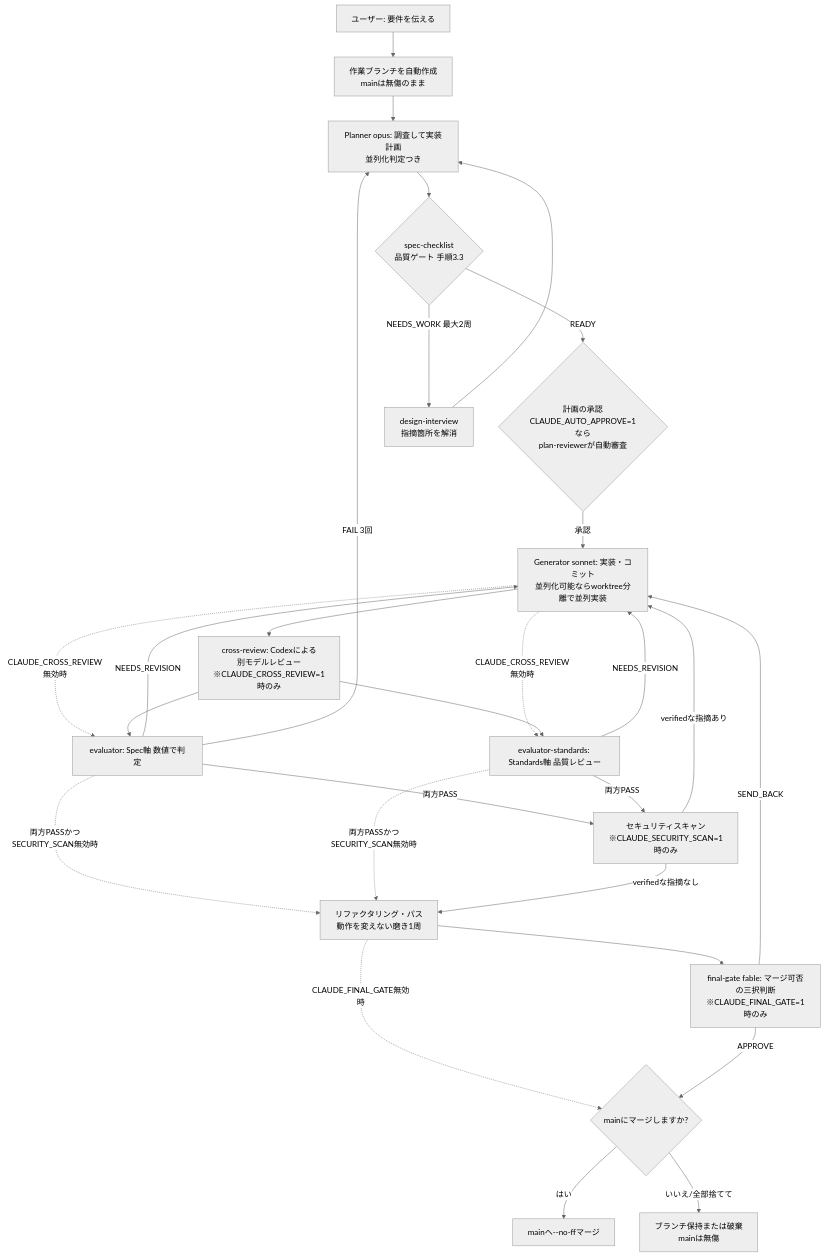
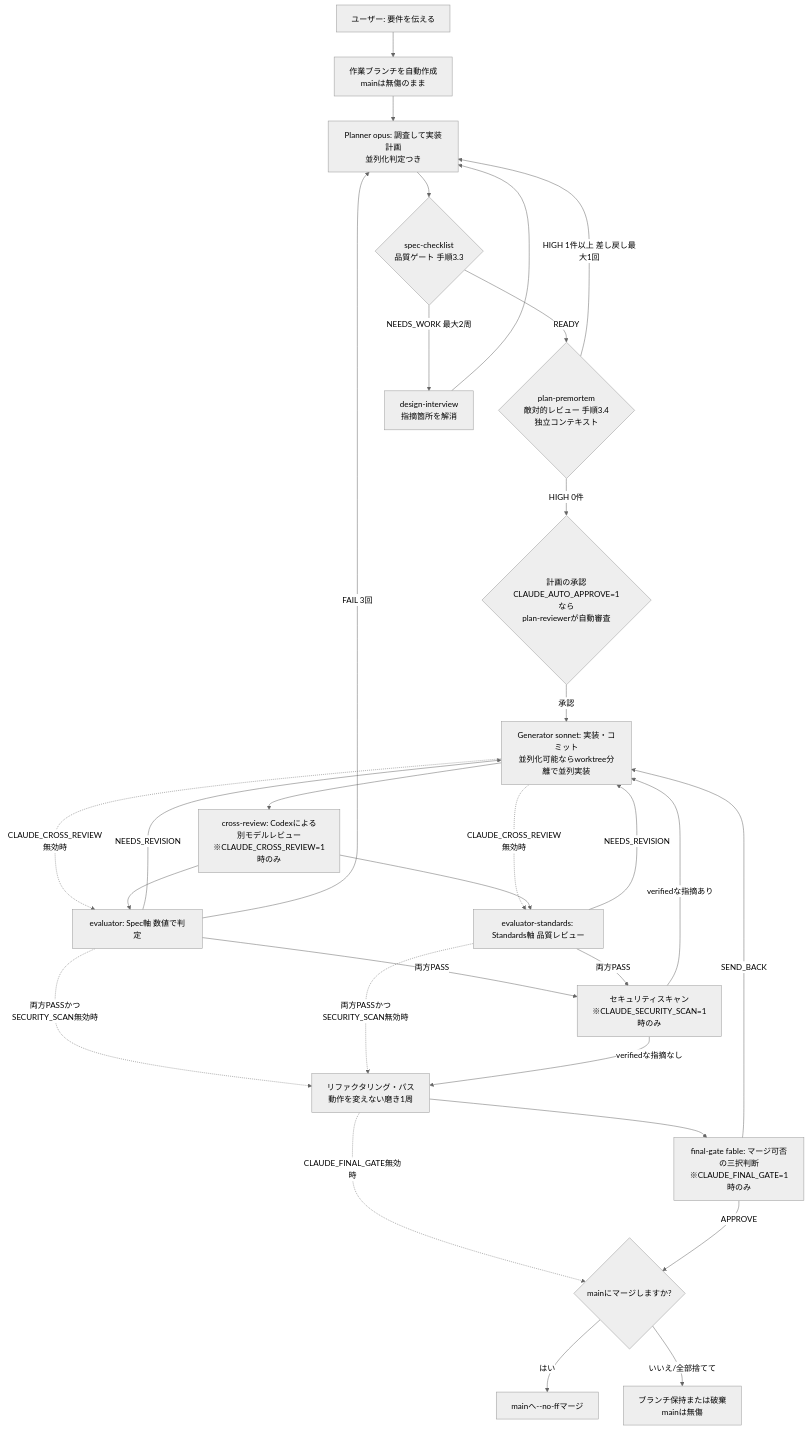
One commit to takayoshitoyoda05/claude-ml-template changed the first of 2 diagrams in README.md. Above: the diagram before and after it, drawn with Mermaid (neutral theme). The commit also changed other lines of this file and 1 other file, not shown here.

````diff
--- a/README.md
+++ b/README.md
@@ -7,27 +7,29 @@
 ```mermaid
 flowchart TD
     A[ユーザー: 要件を伝える] --> BR[作業ブランチを自動作成<br>mainは無傷のまま]
     BR --> B[Planner opus: 調査して実装計画<br>並列化判定つき]
     B --> SC{spec-checklist<br>品質ゲート 手順3.3}
-    SC -->|READY| C{計画の承認<br>CLAUDE_AUTO_APPROVE=1なら<br>plan-reviewerが自動審査}
+    SC -->|READY| PM{plan-premortem<br>敵対的レビュー 手順3.4<br>独立コンテキスト}
     SC -->|NEEDS_WORK 最大2周| DI[design-interview<br>指摘箇所を解消]
     DI --> B
+    PM -->|HIGH 0件| C{計画の承認<br>CLAUDE_AUTO_APPROVE=1なら<br>plan-reviewerが自動審査}
+    PM -->|HIGH 1件以上 差し戻し最大1回| B
     C -->|承認| D[Generator sonnet: 実装・コミット<br>並列化可能ならworktree分離で並列実装]
     D --> X[cross-review: Codexによる<br>別モデルレビュー<br>※CLAUDE_CROSS_REVIEW=1時のみ]
     D -.->|CLAUDE_CROSS_REVIEW無効時| E
     D -.->|CLAUDE_CROSS_REVIEW無効時| F
     X --> E[evaluator: Spec軸 数値で判定]
     X --> F[evaluator-standards: Standards軸 品質レビュー]
     E & F -->|両方PASS| AD[セキュリティスキャン<br>※CLAUDE_SECURITY_SCAN=1時のみ]
     E & F -->|NEEDS_REVISION| D
     E -->|FAIL 3回| B
     E & F -.->|両方PASSかつSECURITY_SCAN無効時| P
     AD -->|verifiedな指摘なし| P[リファクタリング・パス<br>動作を変えない磨き1周]
     AD -->|verifiedな指摘あり| D
     P --> FG[final-gate fable: マージ可否の三択判断<br>※CLAUDE_FINAL_GATE=1時のみ]
     P -.->|CLAUDE_FINAL_GATE無効時| M
     FG -->|APPROVE| M{mainにマージしますか?}
     FG -->|SEND_BACK| D
     M -->|はい| G[mainへ--no-ffマージ]
     M -->|いいえ/全部捨てて| K[ブランチ保持または破棄<br>mainは無傷]
 ```
````
